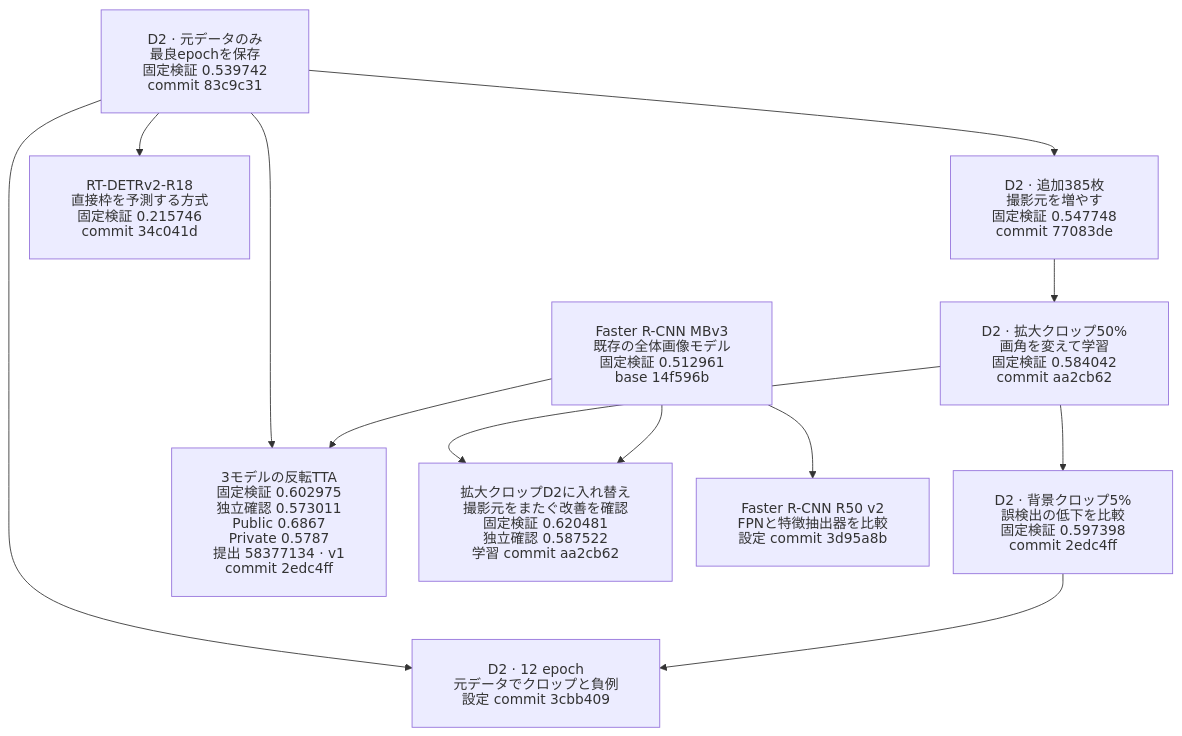
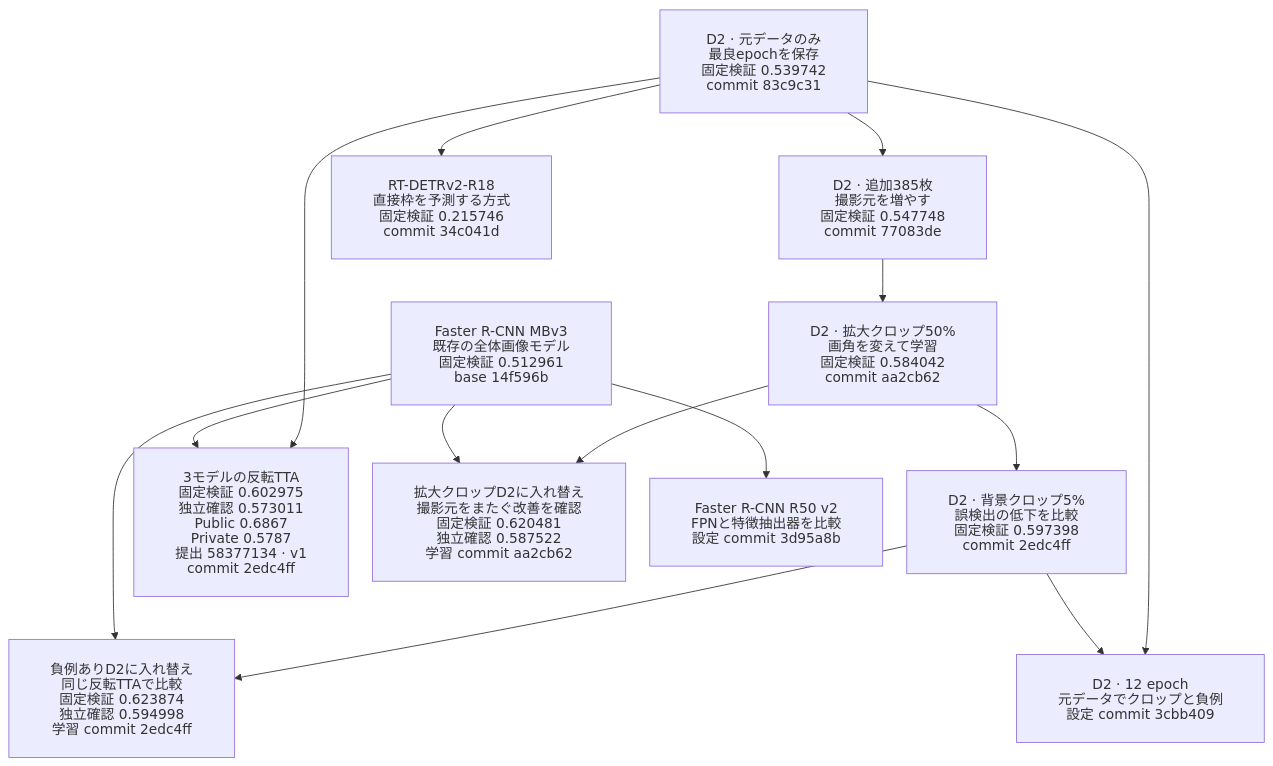
One commit to Yutarotaro/kaggle-global-wheat-detection changed the fifth of 5 diagrams in docs/experiment-lineage.md. Above: the diagram before and after it, drawn with Mermaid. The commit also changed 1 other file, not shown here.

Commit message:
docs: 負例学習の独立撮影元での改善を記録する

````diff
--- a/docs/experiment-lineage.md
+++ b/docs/experiment-lineage.md
@@ -161,24 +161,27 @@
 ```mermaid
 %%{init: {"htmlLabels": false, "flowchart": {"padding": 24, "nodeSpacing": 28}}}%%
 flowchart TB
     M["Faster R-CNN MBv3<br/>既存の全体画像モデル<br/>固定検証 0.512961<br/>base 14f596b"]
     D["D2 · 元データのみ<br/>最良epochを保存<br/>固定検証 0.539742<br/>commit 83c9c31"]
     F["D2 · 追加385枚<br/>撮影元を増やす<br/>固定検証 0.547748<br/>commit 77083de"]
     C["D2 · 拡大クロップ50%<br/>画角を変えて学習<br/>固定検証 0.584042<br/>commit aa2cb62"]
     N["D2 · 背景クロップ5%<br/>誤検出の低下を比較<br/>固定検証 0.597398<br/>commit 2edc4ff"]
+    U["負例ありD2に入れ替え<br/>同じ反転TTAで比較<br/>固定検証 0.623874<br/>独立確認 0.594998<br/>学習 commit 2edc4ff"]
     S["3モデルの反転TTA<br/>固定検証 0.602975<br/>独立確認 0.573011<br/>Public 0.6867<br/>Private 0.5787<br/>提出 58377134 · v1<br/>commit 2edc4ff"]
     Z["拡大クロップD2に入れ替え<br/>撮影元をまたぐ改善を確認<br/>固定検証 0.620481<br/>独立確認 0.587522<br/>学習 commit aa2cb62"]
     T["RT-DETRv2-R18<br/>直接枠を予測する方式<br/>固定検証 0.215746<br/>commit 34c041d"]
     R["Faster R-CNN R50 v2<br/>FPNと特徴抽出器を比較<br/>設定 commit 3d95a8b"]
     L["D2 · 12 epoch<br/>元データでクロップと負例<br/>設定 commit 3cbb409"]
 
     D --> F --> C --> N
     C --> Z
     M --> Z
     D --> S
     M --> S
     D --> T
     D --> L
     N --> L
+    N --> U
+    M --> U
     M --> R
 ```
````
